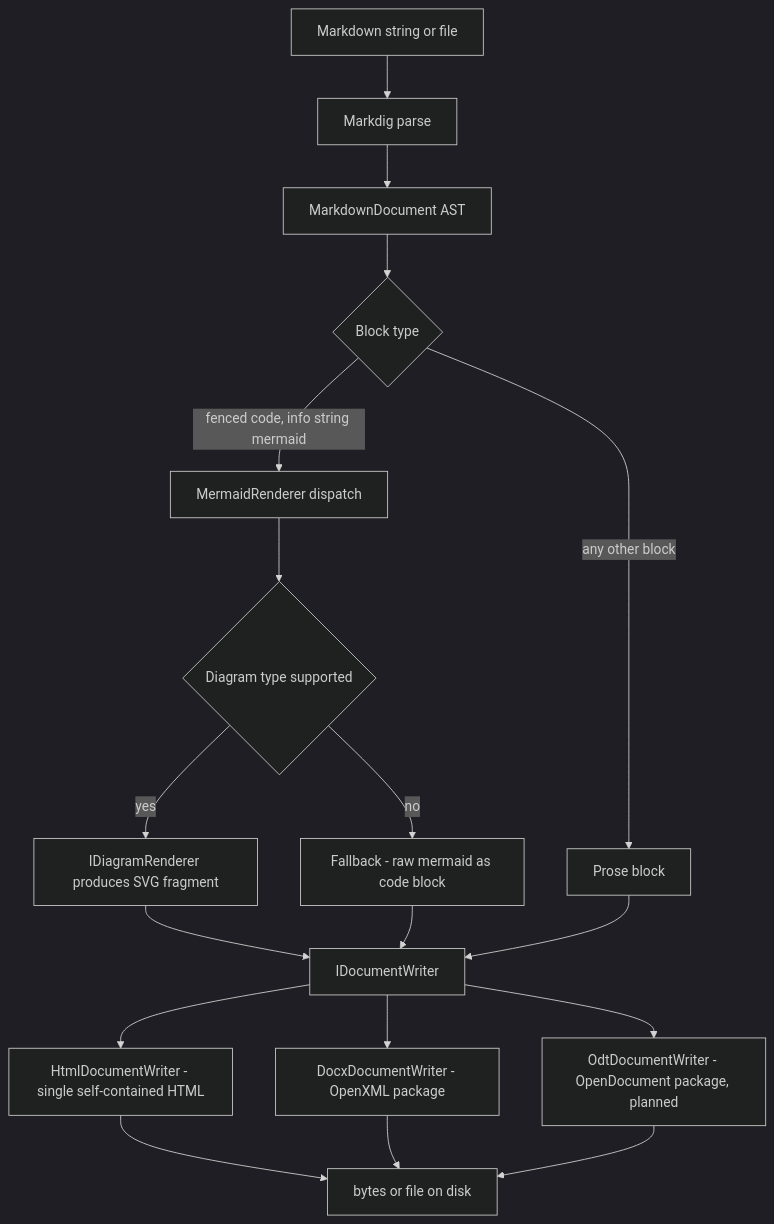
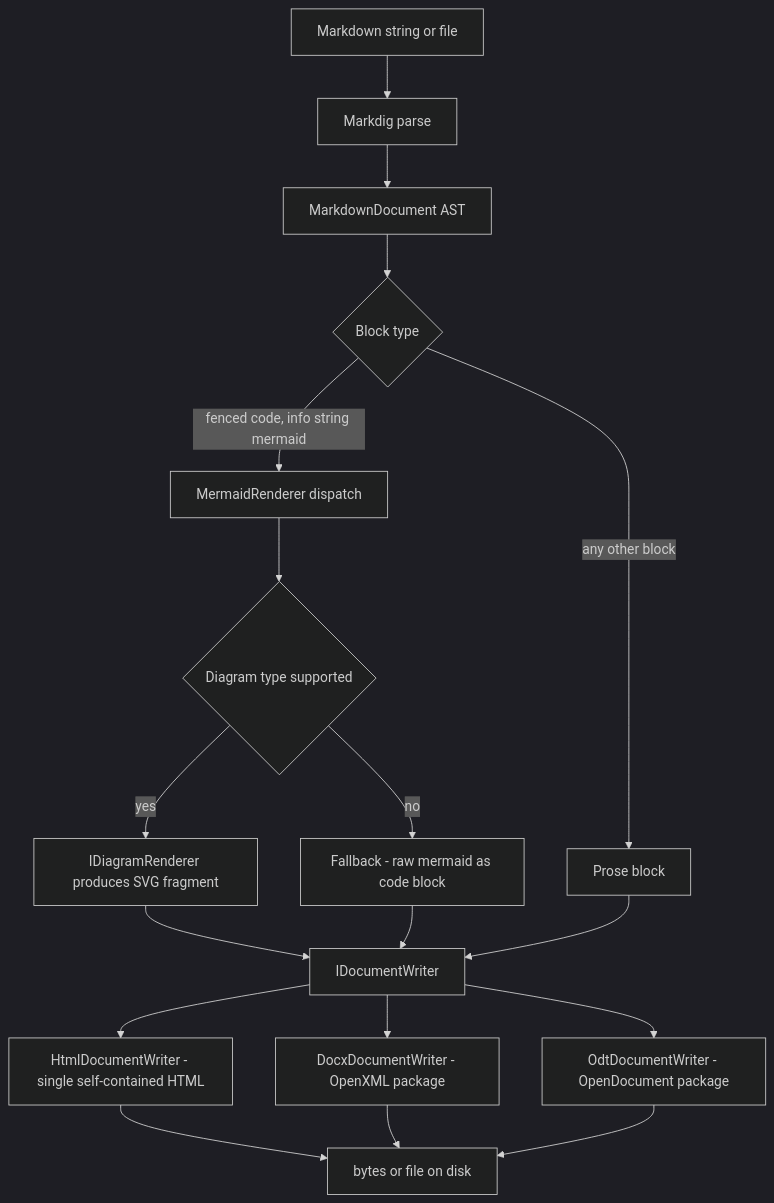
The diagram in docs/02-architecture.md (ericman2001/MarkdownDotNetRenderer), drawn with Mermaid (dark theme) before and after one commit. The commit also changed other lines of this file and 13 other files, not shown here.

Commit message:
Resequence roadmap: ODT becomes phase 2, DOCX becomes phase 6

````diff
--- a/docs/02-architecture.md
+++ b/docs/02-architecture.md
@@ -5,20 +5,20 @@
 ```mermaid
 flowchart TD
     A[Markdown string or file] --> B[Markdig parse]
     B --> C[MarkdownDocument AST]
     C --> D{Block type}
     D -->|fenced code, info string mermaid| E[MermaidRenderer dispatch]
     D -->|any other block| F[Prose block]
     E --> G{Diagram type supported}
     G -->|yes| H[IDiagramRenderer produces SVG fragment]
     G -->|no| I[Fallback - raw mermaid as code block]
     H --> J[IDocumentWriter]
     I --> J
     F --> J
     J --> K[HtmlDocumentWriter - single self-contained HTML]
+    J --> N[OdtDocumentWriter - OpenDocument package]
     J --> L[DocxDocumentWriter - OpenXML package]
-    J --> N[OdtDocumentWriter - OpenDocument package, planned]
     K --> M[bytes or file on disk]
     L --> M
     N --> M
 ```
````
